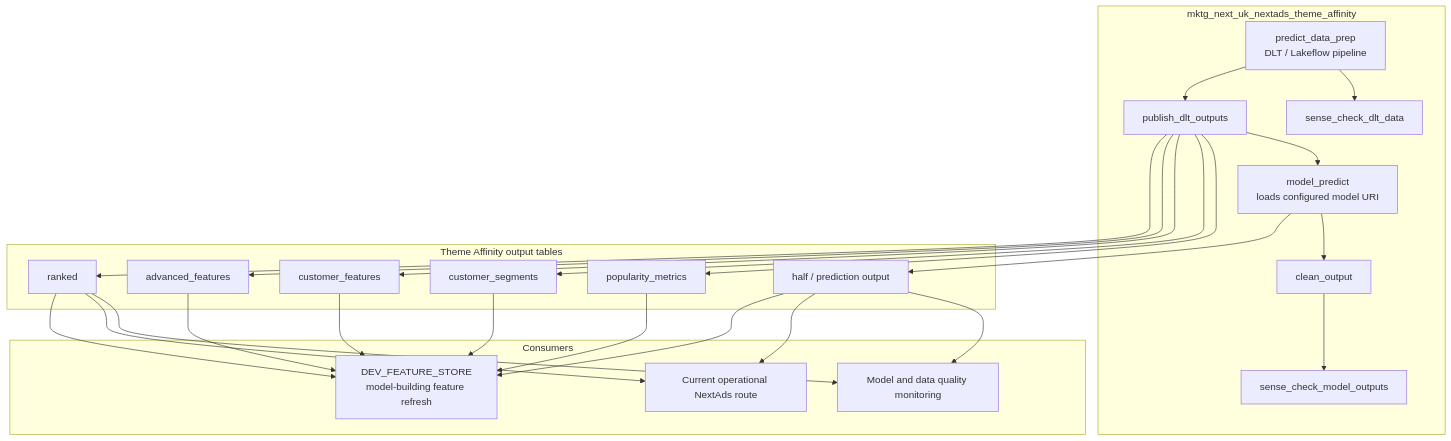
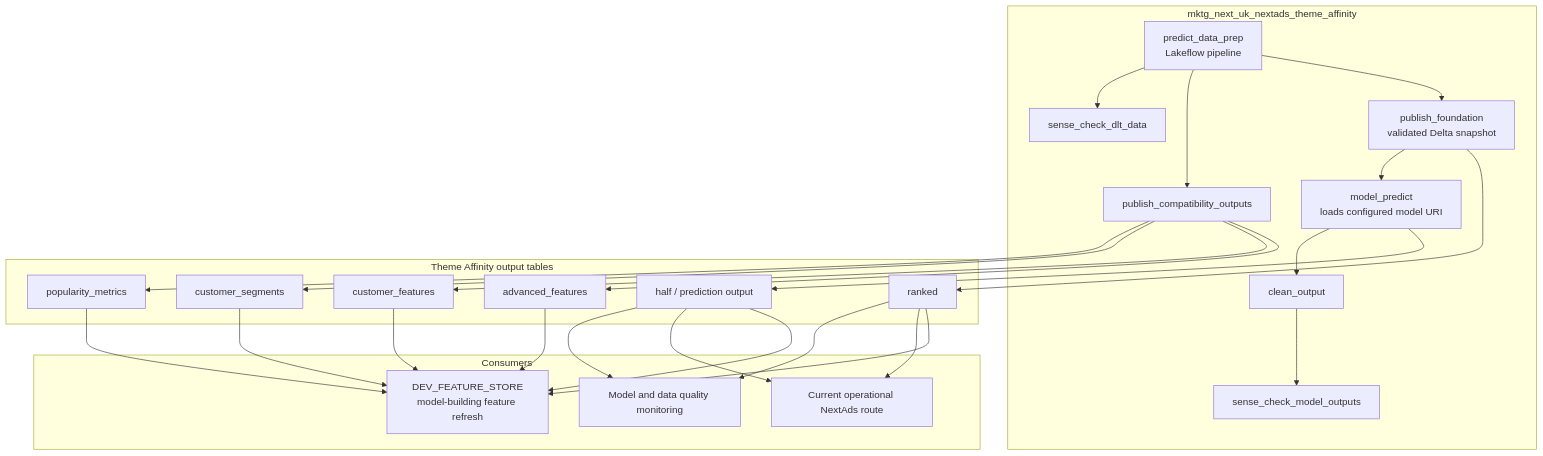
One commit to swblain-glyndwr/personal_project changed the diagram in docs/architecture/theme_affinity_operational_flow.md. Above: the diagram before and after it, drawn with Mermaid. The commit also changed other lines of this file and 19 other files, not shown here.

````diff
--- a/docs/architecture/theme_affinity_operational_flow.md
+++ b/docs/architecture/theme_affinity_operational_flow.md
@@ -7,49 +7,51 @@
 ```mermaid
 flowchart TD
   subgraph route["mktg_next_uk_nextads_theme_affinity"]
-    prep["predict_data_prep<br/>DLT / Lakeflow pipeline"]
-    publish["publish_dlt_outputs"]
+    prep["predict_data_prep<br/>Lakeflow pipeline"]
+    publish_foundation["publish_foundation<br/>validated Delta snapshot"]
+    publish_compatibility["publish_compatibility_outputs"]
     dlt_check["sense_check_dlt_data"]
     predict["model_predict<br/>loads configured model URI"]
     clean["clean_output"]
     output_check["sense_check_model_outputs"]
   end
 
   subgraph outputs["Theme Affinity output tables"]
     ranked["ranked"]
     advanced["advanced_features"]
     customer_features["customer_features"]
     customer_segments["customer_segments"]
     popularity["popularity_metrics"]
     half["half / prediction output"]
   end
 
   subgraph consumers["Consumers"]
     current_ops["Current operational NextAds route"]
     fs["DEV_FEATURE_STORE<br/>model-building feature refresh"]
     monitoring["Model and data quality monitoring"]
   end
 
-  prep --> publish
+  prep --> publish_foundation
+  prep --> publish_compatibility
   prep --> dlt_check
-  publish --> ranked
-  publish --> advanced
-  publish --> customer_features
-  publish --> customer_segments
-  publish --> popularity
-  publish --> predict
+  publish_foundation --> ranked
+  publish_compatibility --> advanced
+  publish_compatibility --> customer_features
+  publish_compatibility --> customer_segments
+  publish_compatibility --> popularity
+  publish_foundation --> predict
   predict --> half
   predict --> clean --> output_check
 
   ranked --> fs
   advanced --> fs
   customer_features --> fs
   customer_segments --> fs
   popularity --> fs
   half --> fs
 
   ranked --> current_ops
   half --> current_ops
   ranked --> monitoring
   half --> monitoring
 ```
````
